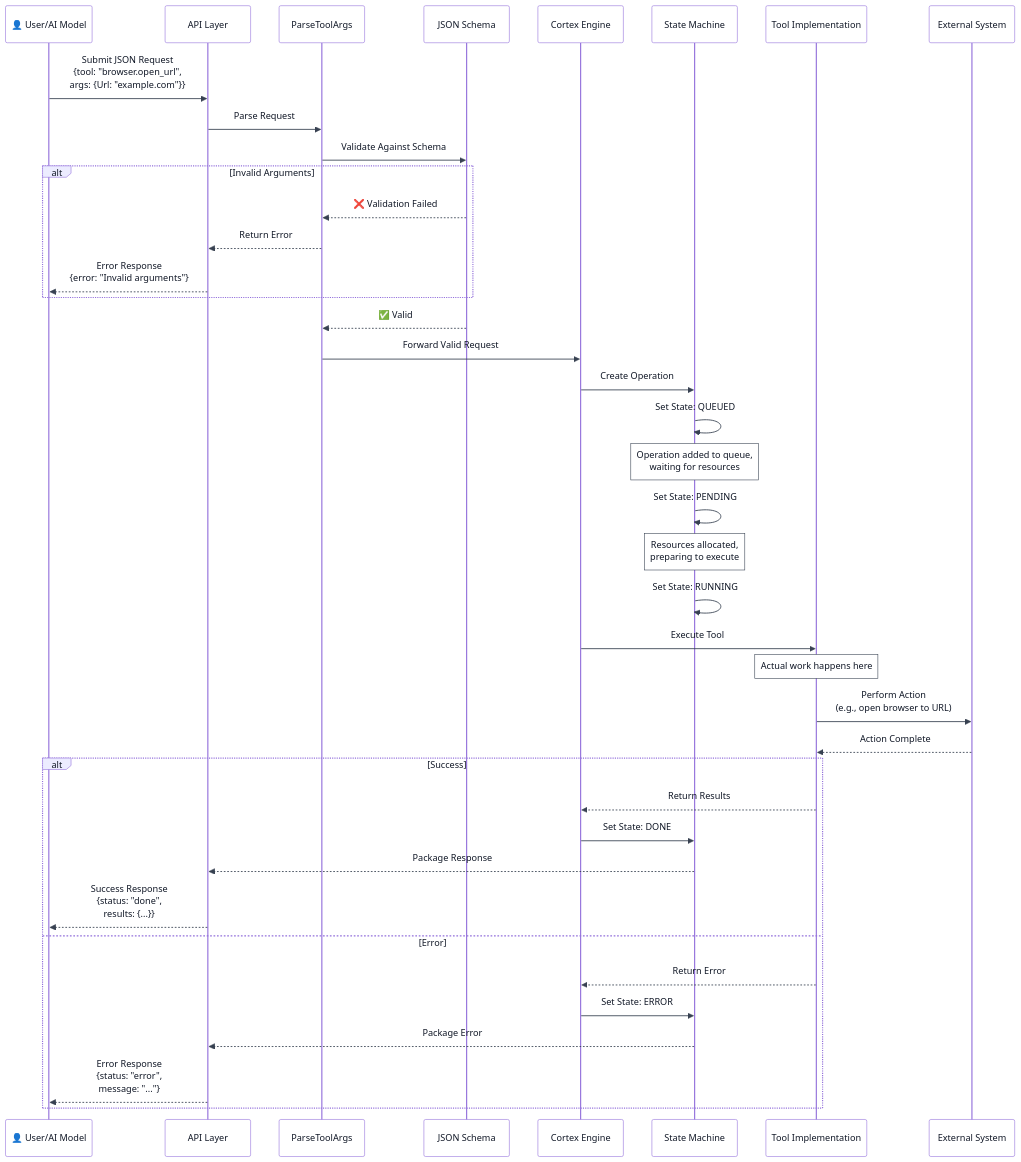
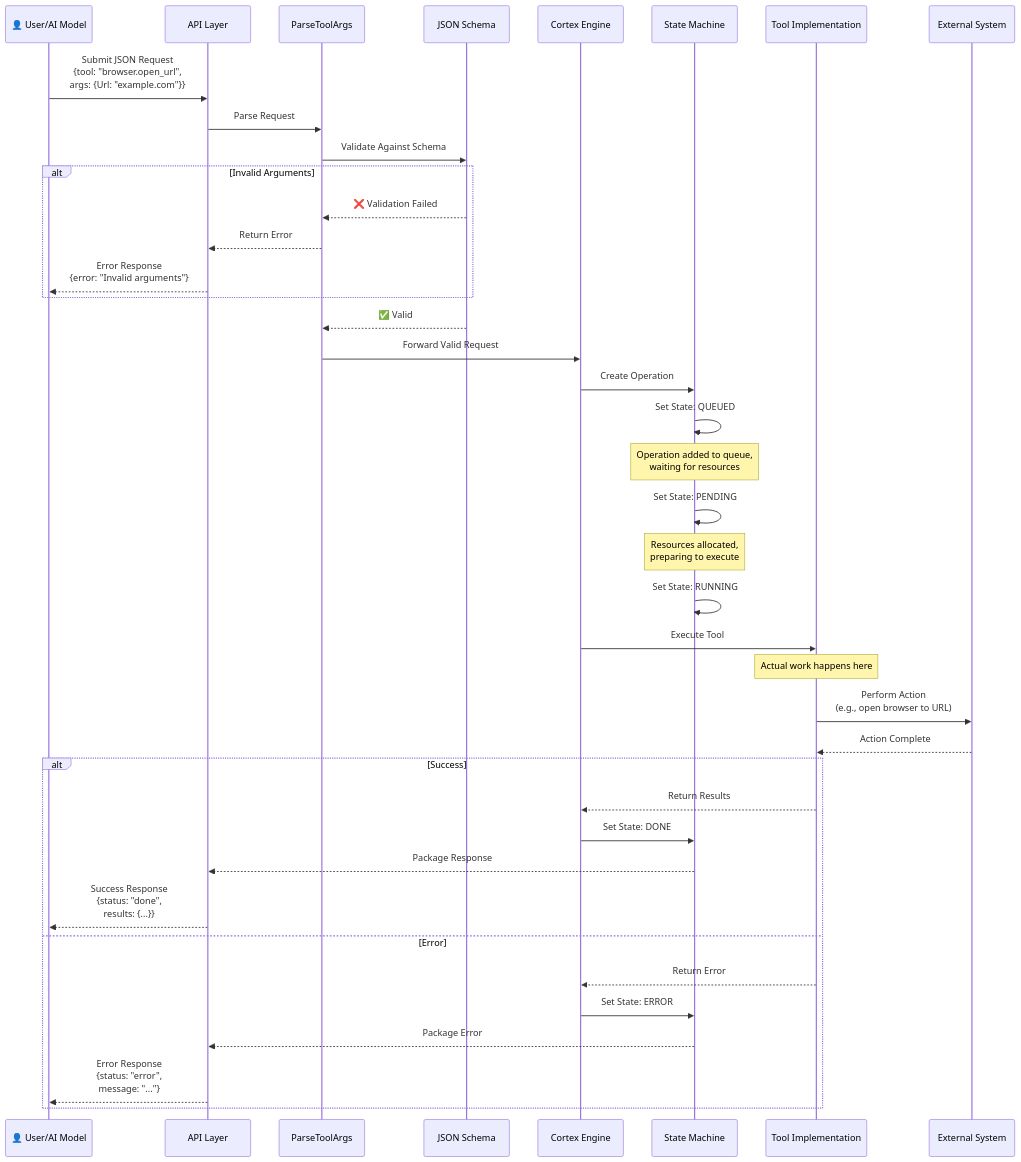
Before and after one commit to Arshnoor-Singh-Sohi/AG-RE-Antigravity-Reverse-Engineering: the second of 4 diagrams in architecture_exploration.md, drawn with Mermaid. The commit also changed other lines of this file, not shown here.

Commit message:
Fixing Mermaid Code

````diff
--- a/architecture_exploration.md
+++ b/architecture_exploration.md
@@ -175,67 +175,52 @@
 ```mermaid
-%%{init: {
-  "theme": "default",
-  "themeVariables": {
-    "background": "#fff9e6",
-    "lineColor": "#374151",
-    "primaryTextColor": "#111827",
-    "actorTextColor": "#111827",
-    "actorBorderColor": "#374151",
-    "actorBkg": "#ffffff",
-    "signalTextColor": "#111827",
-    "signalColor": "#374151",
-    "noteBkgColor": "#ffffff",
-    "noteTextColor": "#111827",
-    "noteBorderColor": "#374151"
-  }
-}}%%
+%%{init: {"theme":"default","themeVariables":{"background":"#fff9e6"}}}%%
 sequenceDiagram
     participant User as 👤 User/AI Model
     participant API as API Layer
     participant Validator as ParseToolArgs
     participant Schema as JSON Schema
     participant Cortex as Cortex Engine
     participant SM as State Machine
     participant Tool as Tool Implementation
     participant External as External System
 
     User->>API: Submit JSON Request<br/>{tool: "browser.open_url",<br/>args: {Url: "example.com"}}
     
     API->>Validator: Parse Request
     Validator->>Schema: Validate Against Schema
     
     alt Invalid Arguments
         Schema-->>Validator: ❌ Validation Failed
         Validator-->>API: Return Error
         API-->>User: Error Response<br/>{error: "Invalid arguments"}
     end
     
     Schema-->>Validator: ✅ Valid
     Validator->>Cortex: Forward Valid Request
     
     Cortex->>SM: Create Operation
     SM->>SM: Set State: QUEUED
     Note over SM: Operation added to queue,<br/>waiting for resources
     
     SM->>SM: Set State: PENDING
     Note over SM: Resources allocated,<br/>preparing to execute
     
     SM->>SM: Set State: RUNNING
     Cortex->>Tool: Execute Tool
     Note over Tool: Actual work happens here
     
     Tool->>External: Perform Action<br/>(e.g., open browser to URL)
     External-->>Tool: Action Complete
     
     alt Success
         Tool-->>Cortex: Return Results
         Cortex->>SM: Set State: DONE
         SM-->>API: Package Response
         API-->>User: Success Response<br/>{status: "done",<br/>results: {...}}
     else Error
         Tool-->>Cortex: Return Error
         Cortex->>SM: Set State: ERROR
         SM-->>API: Package Error
         API-->>User: Error Response<br/>{status: "error",<br/>message: "..."}
     end
 ```
````
